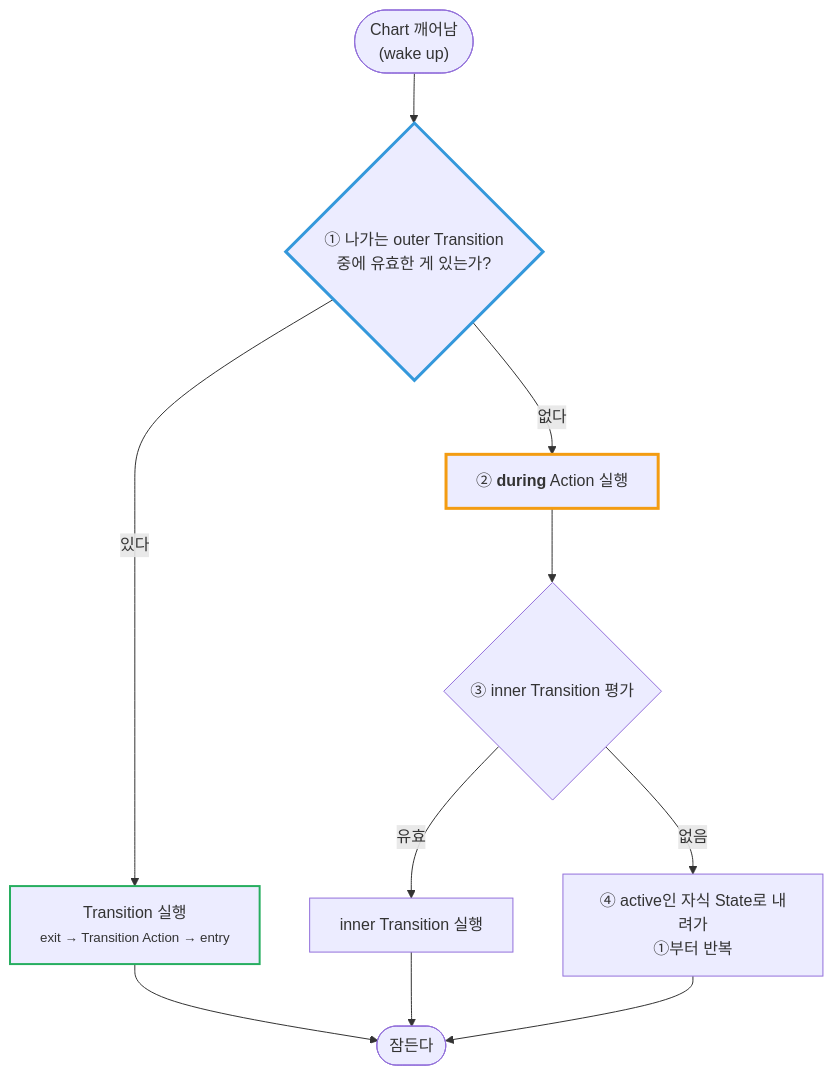
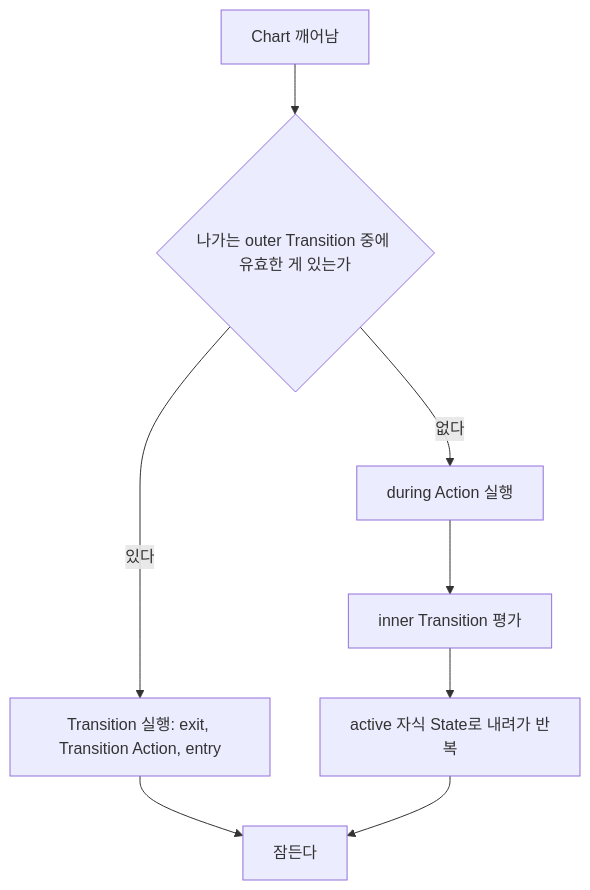
Before and after one commit to genie4youu/genie4youu.github.io: the first of 2 diagrams in _posts/2026-07-14-stateflow-during-and-chart-lifecycle.md, drawn with Mermaid. The commit also changed other lines of this file and 13 other files, not shown here.

First line of the commit message:
﻿전면 손질: 제목 변경, AI 티 나는 표현 제거, 다이어그램 재작성

````diff
--- a/_posts/2026-07-14-stateflow-during-and-chart-lifecycle.md
+++ b/_posts/2026-07-14-stateflow-during-and-chart-lifecycle.md
@@ -35,16 +20,10 @@
 ```mermaid
 flowchart TD
-    W(["Chart 깨어남<br/>(wake up)"]) --> O{"① 나가는 outer Transition<br/>중에 유효한 게 있는가?"}
-    O -->|"있다"| T["Transition 실행<br/><small>exit → Transition Action → entry</small>"]
-    T --> S(["잠든다"])
-    O -->|"없다"| D["② <b>during</b> Action 실행"]
-    D --> I{"③ inner Transition 평가"}
-    I -->|"유효"| T2["inner Transition 실행"]
-    I -->|"없음"| C["④ active인 자식 State로 내려가<br/>①부터 반복"]
-    T2 --> S
+    W[Chart 깨어남] --> O{나가는 outer Transition 중에 유효한 게 있는가}
+    O -->|있다| T[Transition 실행: exit, Transition Action, entry]
+    T --> S[잠든다]
+    O -->|없다| D[during Action 실행]
+    D --> I[inner Transition 평가]
+    I --> C[active 자식 State로 내려가 반복]
     C --> S
-
-    style O stroke:#3498db,stroke-width:3px
-    style D stroke:#f39c12,stroke-width:3px
-    style T stroke:#27ae60,stroke-width:2px
 ```
````
